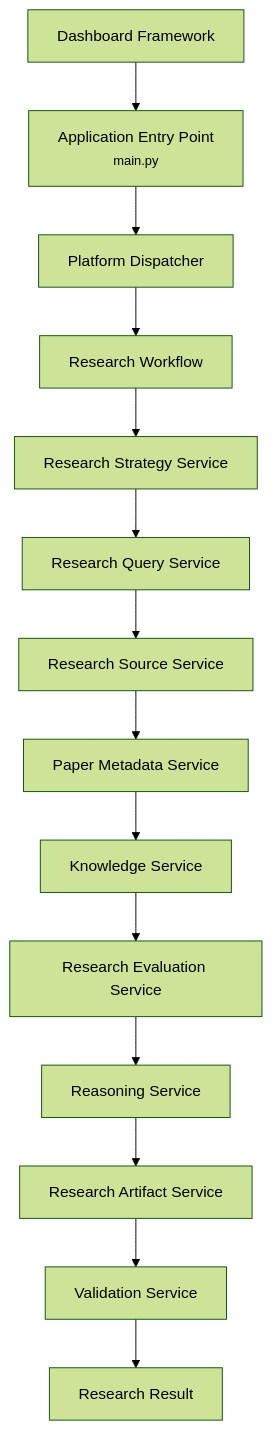
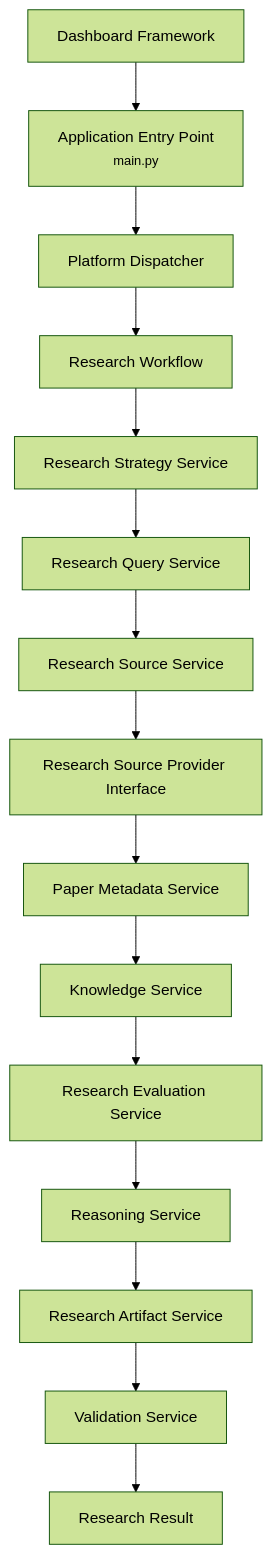
The diagram in docs/agents/research/Research_Agent_Architecture.md (pgailinas/project0), drawn with Mermaid (forest theme) before and after one commit. The commit also changed other lines of this file and 11 other files, not shown here.

````diff
--- a/docs/agents/research/Research_Agent_Architecture.md
+++ b/docs/agents/research/Research_Agent_Architecture.md
@@ -70,34 +75,36 @@
 ``` mermaid
 flowchart TD
     UI["Dashboard Framework"]
     A["Application Entry Point<br/><small>main.py</small>"]
     B["Platform Dispatcher"]
     C["Research Workflow"]
 
     D["Research Strategy Service"]
     Q["Research Query Service"]
     E["Research Source Service"]
+    P["Research Source Provider Interface"]
     F["Paper Metadata Service"]
     G["Knowledge Service"]
     H["Research Evaluation Service"]
     I["Reasoning Service"]
     J["Research Artifact Service"]
     K["Validation Service"]
 
     L["Research Result"]
 
     UI --> A
     A --> B
     B --> C
 
     C --> D
     D --> Q
     Q --> E
-    E --> F
+    E --> P
+    P --> F
     F --> G
     G --> H
     H --> I
     I --> J
     J --> K
     K --> L
 ```
````
